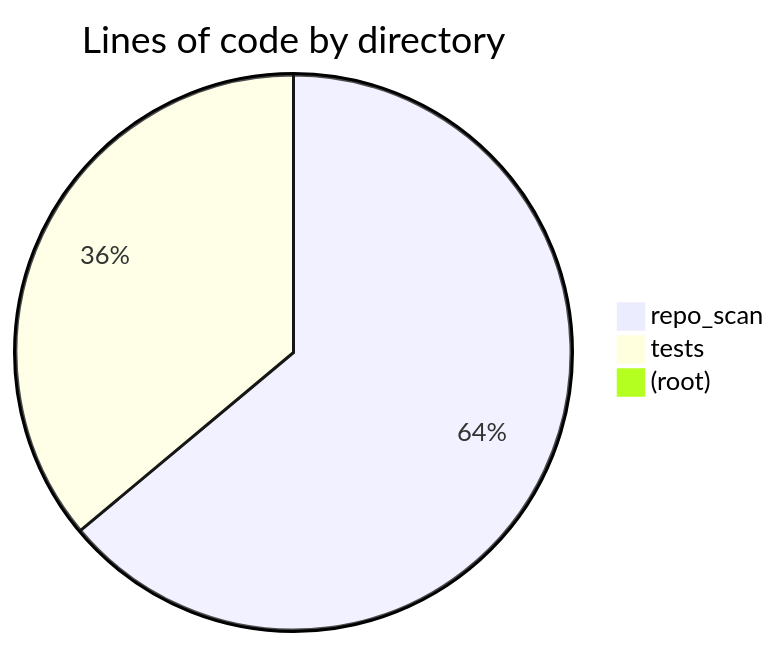
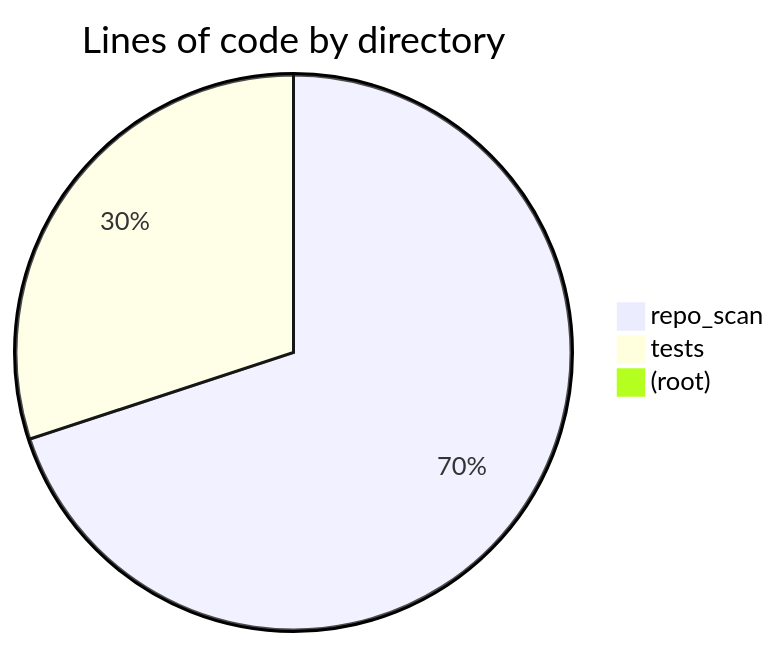
The first of 2 diagrams in docs/reports/health.md (hhleroy97/repo-scan), drawn with Mermaid before and after one commit. The commit also changed other lines of this file and 16 other files, not shown here.

````diff
--- a/docs/reports/health.md
+++ b/docs/reports/health.md
@@ -6,6 +22,6 @@
 ```mermaid
 pie title Lines of code by directory
-    "repo_scan" : 8258
-    "tests" : 4661
-    "(root)" : 16
+    "repo_scan" : 12424
+    "tests" : 5336
+    "(root)" : 18
 ```
````
